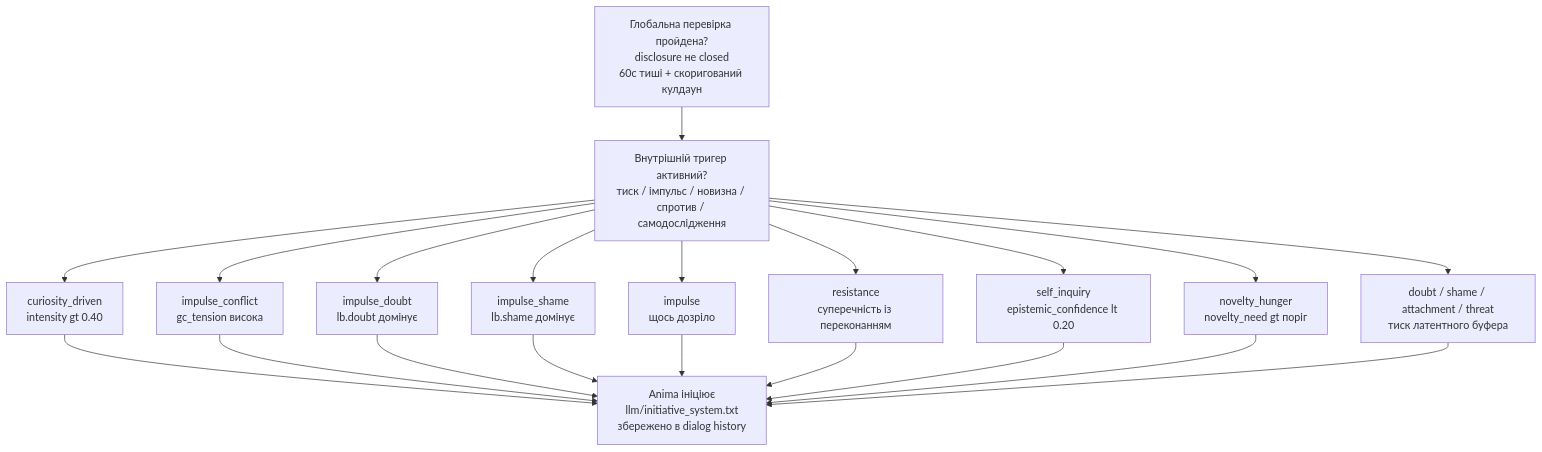
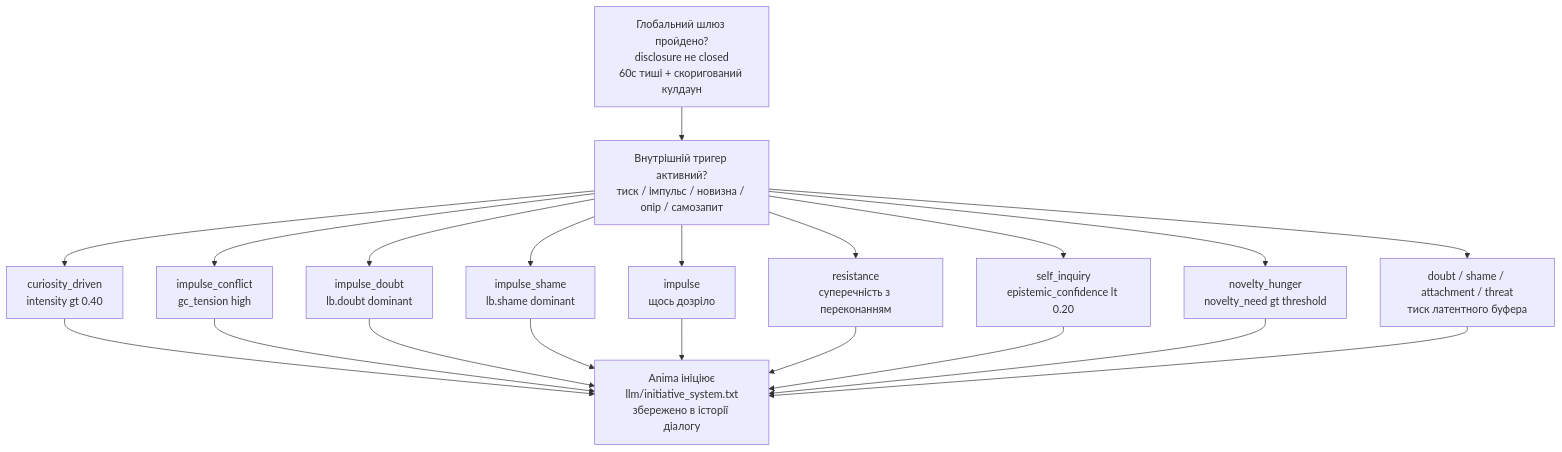
Before and after one commit to stell2026/Anima: the second of 2 diagrams in README_UA.md, drawn with Mermaid. The commit also changed other lines of this file, not shown here.

````diff
--- a/README_UA.md
+++ b/README_UA.md
@@ -541,16 +534,16 @@
 ```mermaid
 flowchart TD
-    CHK["Глобальна перевірка пройдена?<br/>disclosure не closed<br/>60с тиші + скоригований кулдаун"]
-    TRG["Внутрішній тригер активний?<br/>тиск / імпульс / новизна / спротив / самодослідження"]
+    CHK["Глобальний шлюз пройдено?<br/>disclosure не closed<br/>60с тиші + скоригований кулдаун"]
+    TRG["Внутрішній тригер активний?<br/>тиск / імпульс / новизна / опір / самозапит"]
     CHK --> TRG
     TRG --> D1["curiosity_driven<br/>intensity gt 0.40"]
-    TRG --> D2["impulse_conflict<br/>gc_tension висока"]
-    TRG --> D3["impulse_doubt<br/>lb.doubt домінує"]
-    TRG --> D4["impulse_shame<br/>lb.shame домінує"]
+    TRG --> D2["impulse_conflict<br/>gc_tension high"]
+    TRG --> D3["impulse_doubt<br/>lb.doubt dominant"]
+    TRG --> D4["impulse_shame<br/>lb.shame dominant"]
     TRG --> D5["impulse<br/>щось дозріло"]
-    TRG --> D6["resistance<br/>суперечність із переконанням"]
+    TRG --> D6["resistance<br/>суперечність з переконанням"]
     TRG --> D7["self_inquiry<br/>epistemic_confidence lt 0.20"]
-    TRG --> D8["novelty_hunger<br/>novelty_need gt поріг"]
+    TRG --> D8["novelty_hunger<br/>novelty_need gt threshold"]
     TRG --> D9["doubt / shame / attachment / threat<br/>тиск латентного буфера"]
-    D1 & D2 & D3 & D4 & D5 & D6 & D7 & D8 & D9 --> OUT["Anima ініціює<br/>llm/initiative_system.txt<br/>збережено в dialog history"]
+    D1 & D2 & D3 & D4 & D5 & D6 & D7 & D8 & D9 --> OUT["Anima ініціює<br/>llm/initiative_system.txt<br/>збережено в історії діалогу"]
 ```
````
